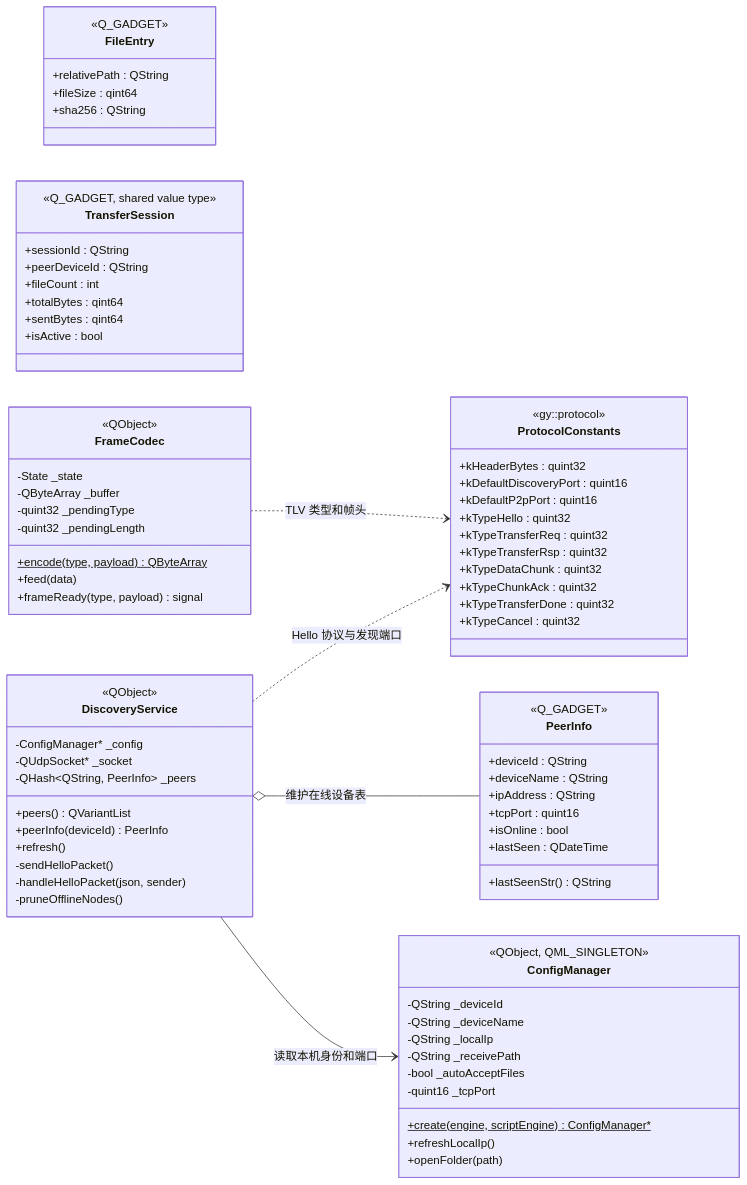
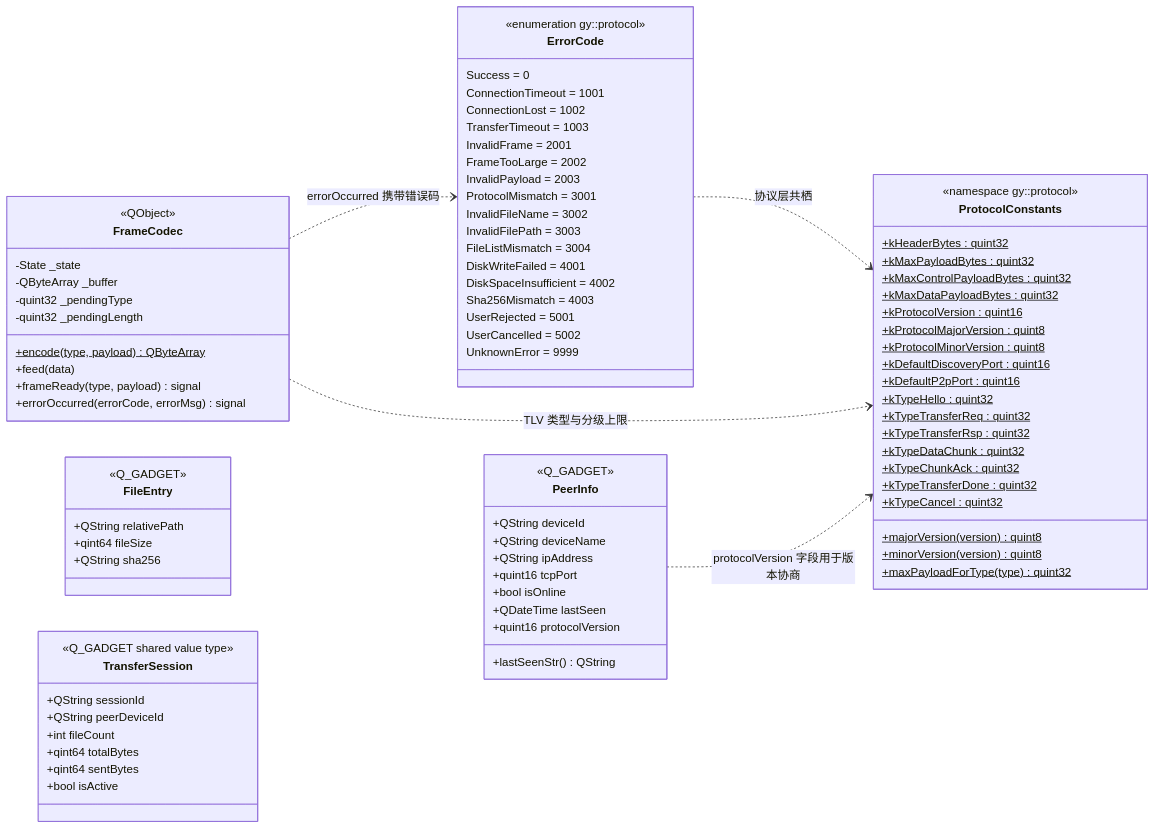
The second of 5 diagrams in doc/diagrams/class-diagram.md (Gsheep0729/GridYard), drawn with Mermaid before and after one commit. The commit also changed other lines of this file and 24 other files, not shown here.

First line of the commit message:
完善 UML 设计图并按 v4.16.0 细化类图

````diff
--- a/doc/diagrams/class-diagram.md
+++ b/doc/diagrams/class-diagram.md
@@ -98,45 +142,47 @@
     direction LR
 
     class ProtocolConstants {
-        <<gy::protocol>>
-        +kHeaderBytes : quint32
-        +kDefaultDiscoveryPort : quint16
-        +kDefaultP2pPort : quint16
-        +kTypeHello : quint32
-        +kTypeTransferReq : quint32
-        +kTypeTransferRsp : quint32
-        +kTypeDataChunk : quint32
-        +kTypeChunkAck : quint32
-        +kTypeTransferDone : quint32
-        +kTypeCancel : quint32
+        <<namespace gy::protocol>>
+        +kHeaderBytes : quint32$
+        +kMaxPayloadBytes : quint32$
+        +kMaxControlPayloadBytes : quint32$
+        +kMaxDataPayloadBytes : quint32$
+        +kProtocolVersion : quint16$
+        +kProtocolMajorVersion : quint8$
+        +kProtocolMinorVersion : quint8$
+        +kDefaultDiscoveryPort : quint16$
+        +kDefaultP2pPort : quint16$
+        +kTypeHello : quint32$
+        +kTypeTransferReq : quint32$
+        +kTypeTransferRsp : quint32$
+        +kTypeDataChunk : quint32$
+        +kTypeChunkAck : quint32$
+        +kTypeTransferDone : quint32$
+        +kTypeCancel : quint32$
+        +majorVersion(version)$ quint8
+        +minorVersion(version)$ quint8
+        +maxPayloadForType(type)$ quint32
     }
 
-    class PeerInfo {
-        <<Q_GADGET>>
-        +deviceId : QString
-        +deviceName : QString
-        +ipAddress : QString
-        +tcpPort : quint16
-        +isOnline : bool
-        +lastSeen : QDateTime
-        +lastSeenStr() QString
-    }
-
-    class FileEntry {
-        <<Q_GADGET>>
-        +relativePath : QString
-        +fileSize : qint64
-        +sha256 : QString
-    }
-
-    class TransferSession {
-        <<Q_GADGET, shared value type>>
-        +sessionId : QString
-        +peerDeviceId : QString
-        +fileCount : int
-        +totalBytes : qint64
-        +sentBytes : qint64
-        +isActive : bool
+    class ErrorCode {
+        <<enumeration gy::protocol>>
+        Success = 0
+        ConnectionTimeout = 1001
+        ConnectionLost = 1002
+        TransferTimeout = 1003
+        InvalidFrame = 2001
+        FrameTooLarge = 2002
+        InvalidPayload = 2003
+        ProtocolMismatch = 3001
+        InvalidFileName = 3002
+        InvalidFilePath = 3003
+        FileListMismatch = 3004
+        DiskWriteFailed = 4001
+        DiskSpaceInsufficient = 4002
+        Sha256Mismatch = 4003
+        UserRejected = 5001
+        UserCancelled = 5002
+        UnknownError = 9999
     }
 
     class FrameCodec {
@@ -148,36 +194,40 @@
         +encode(type, payload)$ QByteArray
         +feed(data)
         +frameReady(type, payload) signal
+        +errorOccurred(errorCode, errorMsg) signal
     }
 
-    class ConfigManager {
-        <<QObject, QML_SINGLETON>>
-        -QString _deviceId
-        -QString _deviceName
-        -QString _localIp
-        -QString _receivePath
-        -bool _autoAcceptFiles
-        -quint16 _tcpPort
-        +create(engine, scriptEngine)$ ConfigManager*
-        +refreshLocalIp()
-        +openFolder(path)
+    class PeerInfo {
+        <<Q_GADGET>>
+        +QString deviceId
+        +QString deviceName
+        +QString ipAddress
+        +quint16 tcpPort
+        +bool isOnline
+        +QDateTime lastSeen
+        +quint16 protocolVersion
+        +lastSeenStr() QString
     }
 
-    class DiscoveryService {
-        <<QObject>>
-        -ConfigManager* _config
-        -QUdpSocket* _socket
-        -QHash~QString, PeerInfo~ _peers
-        +peers() QVariantList
-        +peerInfo(deviceId) PeerInfo
-        +refresh()
-        -sendHelloPacket()
-        -handleHelloPacket(json, sender)
-        -pruneOfflineNodes()
+    class FileEntry {
+        <<Q_GADGET>>
+        +QString relativePath
+        +qint64 fileSize
+        +QString sha256
     }
 
-    DiscoveryService --> ConfigManager : 读取本机身份和端口
-    DiscoveryService o-- PeerInfo : 维护在线设备表
-    DiscoveryService ..> ProtocolConstants : Hello 协议与发现端口
-    FrameCodec ..> ProtocolConstants : TLV 类型和帧头
+    class TransferSession {
+        <<Q_GADGET shared value type>>
+        +QString sessionId
+        +QString peerDeviceId
+        +int fileCount
+        +qint64 totalBytes
+        +qint64 sentBytes
+        +bool isActive
+    }
+
+    ErrorCode ..> ProtocolConstants : 协议层共栖
+    FrameCodec ..> ProtocolConstants : TLV 类型与分级上限
+    FrameCodec ..> ErrorCode : errorOccurred 携带错误码
+    PeerInfo ..> ProtocolConstants : protocolVersion 字段用于版本协商
 ```
````
